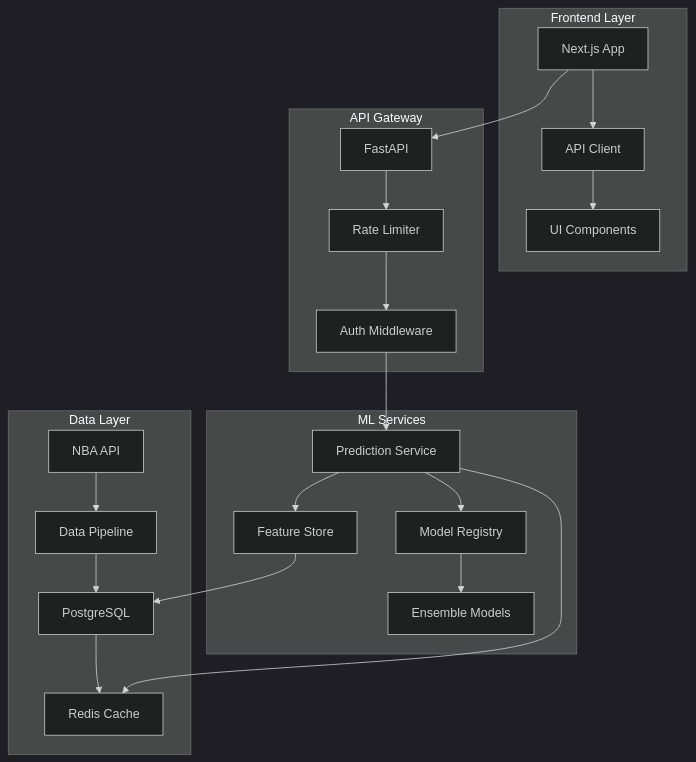
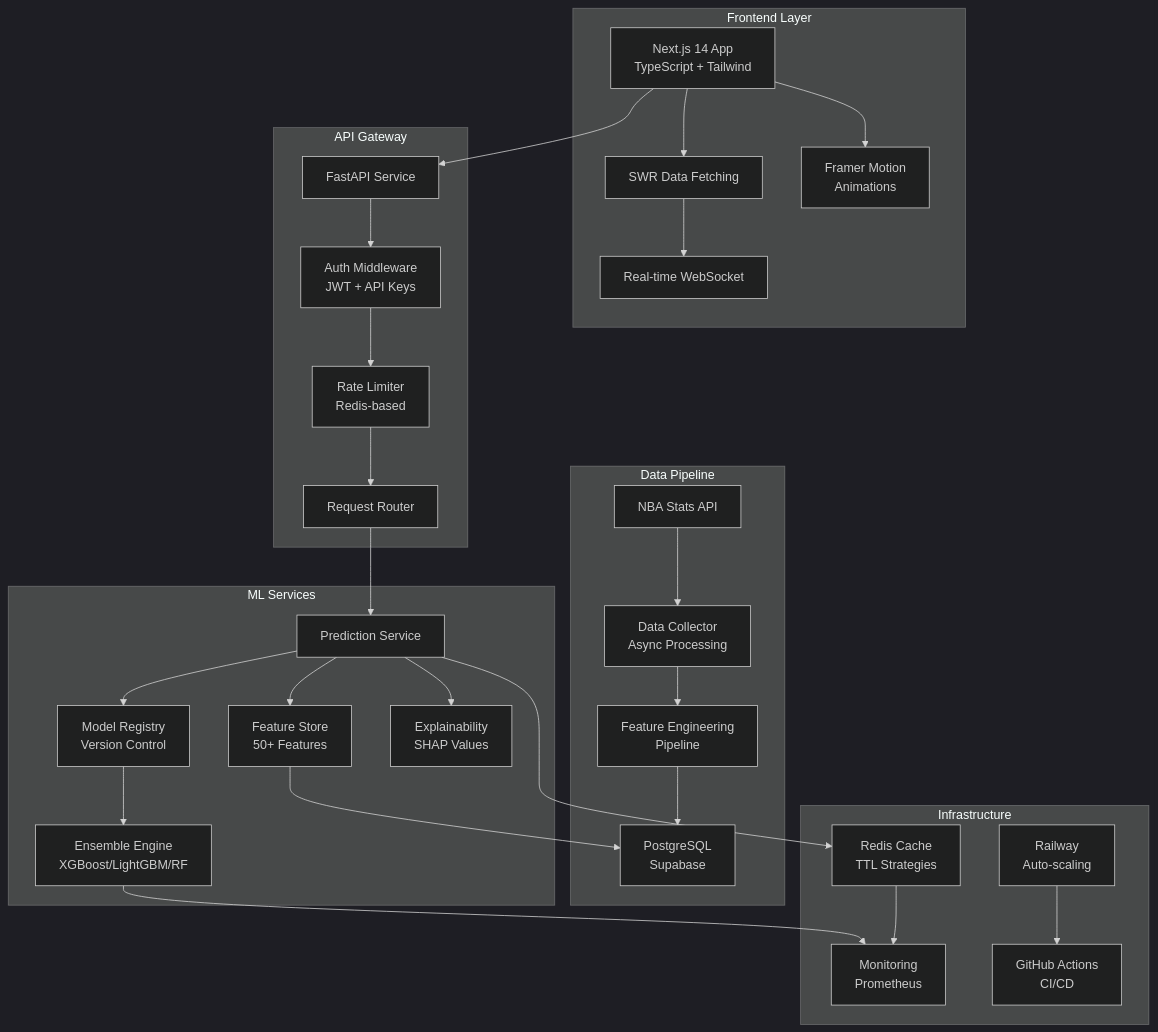
The diagram in README.md (cbratkovics/nba-ai-ml), drawn with Mermaid (dark theme) before and after one commit. The commit also changed other lines of this file, not shown here.

````diff
--- a/README.md
+++ b/README.md
@@ -36,29 +37,38 @@
 ```mermaid
 graph TB
     subgraph "Frontend Layer"
-        A[Next.js App] --> B[API Client]
-        B --> C[UI Components]
+        A[Next.js 14 App<br/>TypeScript + Tailwind] --> B[SWR Data Fetching]
+        B --> C[Real-time WebSocket]
+        A --> D[Framer Motion<br/>Animations]
     end
     
     subgraph "API Gateway"
-        D[FastAPI] --> E[Rate Limiter]
-        E --> F[Auth Middleware]
+        E[FastAPI Service] --> F[Auth Middleware<br/>JWT + API Keys]
+        F --> G[Rate Limiter<br/>Redis-based]
+        G --> H[Request Router]
     end
     
     subgraph "ML Services"
-        G[Prediction Service] --> H[Model Registry]
-        H --> I[Ensemble Models]
-        G --> J[Feature Store]
+        I[Prediction Service] --> J[Model Registry<br/>Version Control]
+        J --> K[Ensemble Engine<br/>XGBoost/LightGBM/RF]
+        I --> L[Feature Store<br/>50+ Features]
+        I --> M[Explainability<br/>SHAP Values]
     end
     
-    subgraph "Data Layer"
-        K[PostgreSQL] --> L[Redis Cache]
-        M[NBA API] --> N[Data Pipeline]
-        N --> K
+    subgraph "Data Pipeline"
+        N[NBA Stats API] --> O[Data Collector<br/>Async Processing]
+        O --> P[Feature Engineering<br/>Pipeline]
+        P --> Q[PostgreSQL<br/>Supabase]
     end
     
-    A --> D
-    F --> G
-    J --> K
-    G --> L
+    subgraph "Infrastructure"
+        R[Redis Cache<br/>TTL Strategies] --> S[Monitoring<br/>Prometheus]
+        T[Railway<br/>Auto-scaling] --> U[GitHub Actions<br/>CI/CD]
+    end
+    
+    A --> E
+    H --> I
+    L --> Q
+    I --> R
+    K --> S
 ```
````
